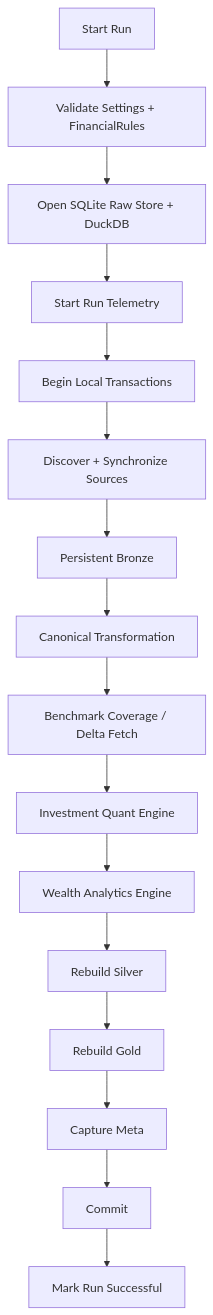
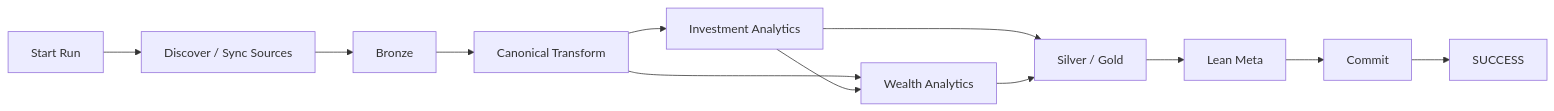
One commit to tks18/personal-finance-etl changed the diagram in docs/getting-started/running-the-pipeline.md. Above: the diagram before and after it, drawn with Mermaid. The commit also changed other lines of this file and 2 other files, not shown here.

````diff
--- a/docs/getting-started/running-the-pipeline.md
+++ b/docs/getting-started/running-the-pipeline.md
@@ -155,18 +13,14 @@
 ```mermaid
-flowchart TB
-    START["Start Run"] --> CFG["Validate Settings + FinancialRules"]
-    CFG --> OPEN["Open SQLite Raw Store + DuckDB"]
-    OPEN --> LOG["Start Run Telemetry"]
-    LOG --> TX["Begin Local Transactions"]
-    TX --> ING["Discover + Synchronize Sources"]
-    ING --> BR["Persistent Bronze"]
-    BR --> CAN["Canonical Transformation"]
-    CAN --> BENCH["Benchmark Coverage / Delta Fetch"]
-    BENCH --> INV["Investment Quant Engine"]
-    INV --> WEALTH["Wealth Analytics Engine"]
-    WEALTH --> SILVER["Rebuild Silver"]
-    SILVER --> GOLD["Rebuild Gold"]
-    GOLD --> META["Capture Meta"]
+flowchart LR
+    START["Start Run"] --> DISC["Discover / Sync Sources"]
+    DISC --> BR["Bronze"]
+    BR --> CAN["Canonical Transform"]
+    CAN --> INV["Investment Analytics"]
+    CAN --> WEALTH["Wealth Analytics"]
+    INV --> WEALTH
+    INV --> PUB["Silver / Gold"]
+    WEALTH --> PUB
+    PUB --> META["Lean Meta"]
     META --> COMMIT["Commit"]
-    COMMIT --> OK["Mark Run Successful"]
+    COMMIT --> OK["SUCCESS"]
 ```
````
